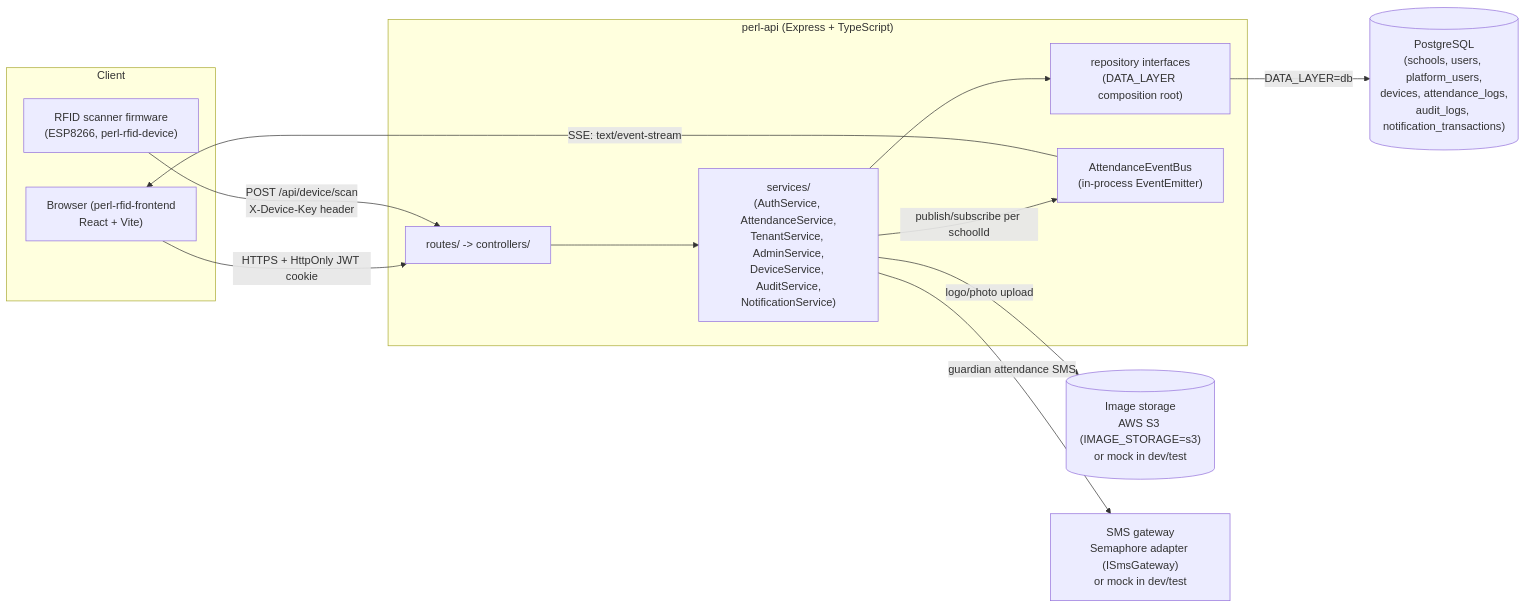
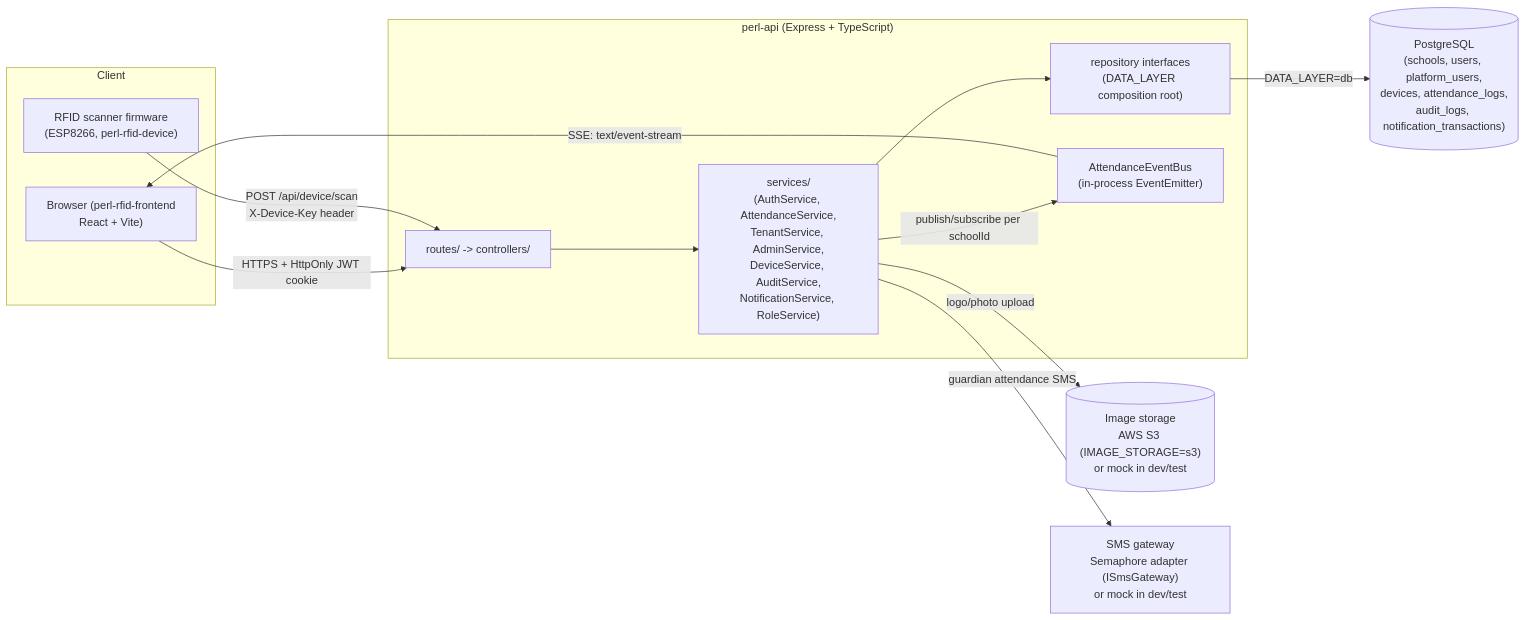
Before and after one commit to jstn0217/perl-v2: the diagram in planning/ARCHITECTURE.md, drawn with Mermaid. The commit also changed other lines of this file and 119 other files, not shown here.

````diff
--- a/planning/ARCHITECTURE.md
+++ b/planning/ARCHITECTURE.md
@@ -81,28 +93,28 @@
 ```mermaid
 flowchart LR
     subgraph Client
         Browser["Browser (perl-rfid-frontend\nReact + Vite)"]
         Device["RFID scanner firmware\n(ESP8266, perl-rfid-device)"]
     end
 
     subgraph API["perl-api (Express + TypeScript)"]
         Routes["routes/ -> controllers/"]
-        Services["services/\n(AuthService, AttendanceService,\nTenantService, AdminService,\nDeviceService, AuditService,\nNotificationService)"]
+        Services["services/\n(AuthService, AttendanceService,\nTenantService, AdminService,\nDeviceService, AuditService,\nNotificationService, RoleService)"]
         Repos["repository interfaces\n(DATA_LAYER composition root)"]
         Bus["AttendanceEventBus\n(in-process EventEmitter)"]
     end
 
     PG[("PostgreSQL\n(schools, users, platform_users,\ndevices, attendance_logs,\naudit_logs, notification_transactions)")]
     S3[("Image storage\nAWS S3 (IMAGE_STORAGE=s3)\nor mock in dev/test")]
     SMS["SMS gateway\nSemaphore adapter (ISmsGateway)\nor mock in dev/test"]
 
     Browser -- "HTTPS + HttpOnly JWT cookie" --> Routes
     Device -- "POST /api/device/scan\nX-Device-Key header" --> Routes
     Routes --> Services
     Services --> Repos
     Repos -- "DATA_LAYER=db" --> PG
     Services -- "publish/subscribe per schoolId" --> Bus
     Bus -- "SSE: text/event-stream" --> Browser
     Services -- "logo/photo upload" --> S3
     Services -- "guardian attendance SMS" --> SMS
 ```
````
